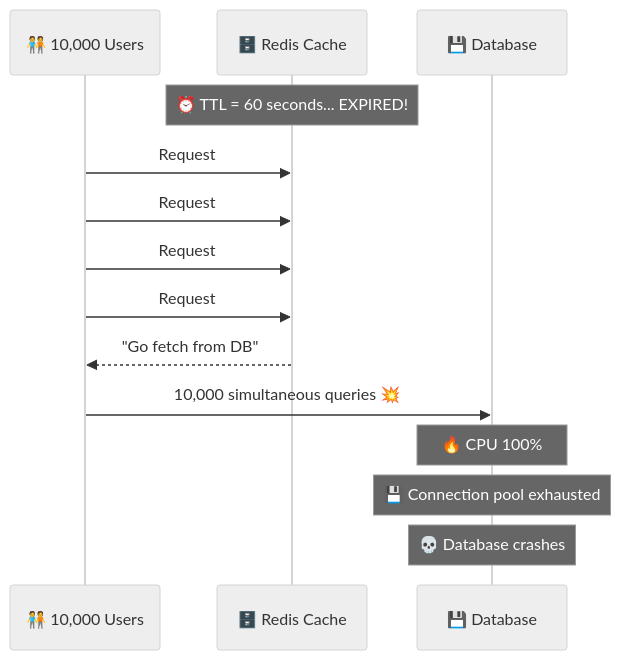
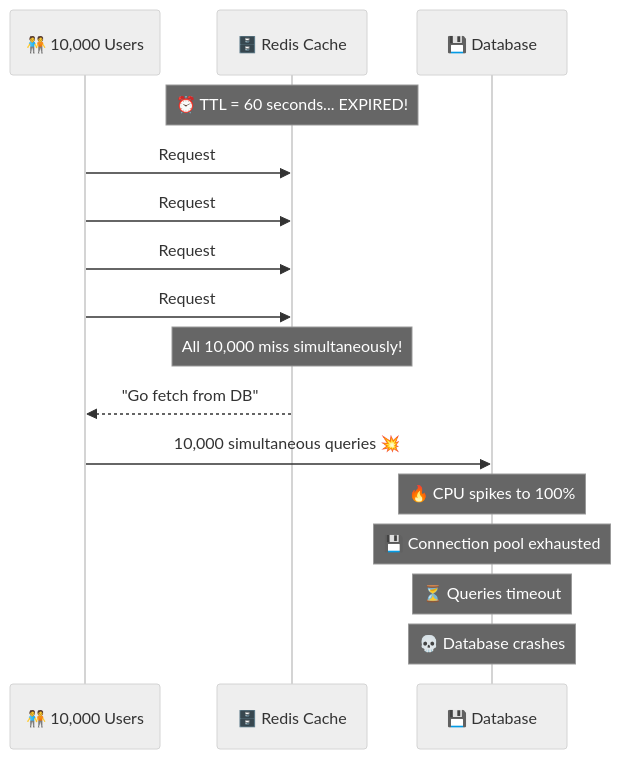
Before and after one commit to amolkharat18/blogs: the second of 11 diagrams in system-design/thundering-herd-problem-mr.md, drawn with Mermaid (neutral theme). The commit also changed other lines of this file, not shown here.

````diff
--- a/system-design/thundering-herd-problem-mr.md
+++ b/system-design/thundering-herd-problem-mr.md
@@ -100,20 +100,22 @@
 ```mermaid
 sequenceDiagram
     participant Users as 🧑‍🤝‍🧑 10,000 Users
     participant Cache as 🗄️ Redis Cache
     participant DB as 💾 Database
 
     Note over Cache: ⏰ TTL = 60 seconds... EXPIRED!
     
     Users->>Cache: Request #1 — Cache Miss ❌
     Users->>Cache: Request #2 — Cache Miss ❌
     Users->>Cache: Request #3 — Cache Miss ❌
     Users->>Cache: Request #4 — Cache Miss ❌
+    Note over Cache: All 10,000 miss simultaneously!
     
     Cache-->>Users: "Go fetch from DB"
     Users->>DB: 10,000 simultaneous queries 💥
     
-    Note over DB: 🔥 CPU 100%
+    Note over DB: 🔥 CPU spikes to 100%
     Note over DB: 💾 Connection pool exhausted
+    Note over DB: ⏳ Queries timeout
     Note over DB: 💀 Database crashes
 ```
````
